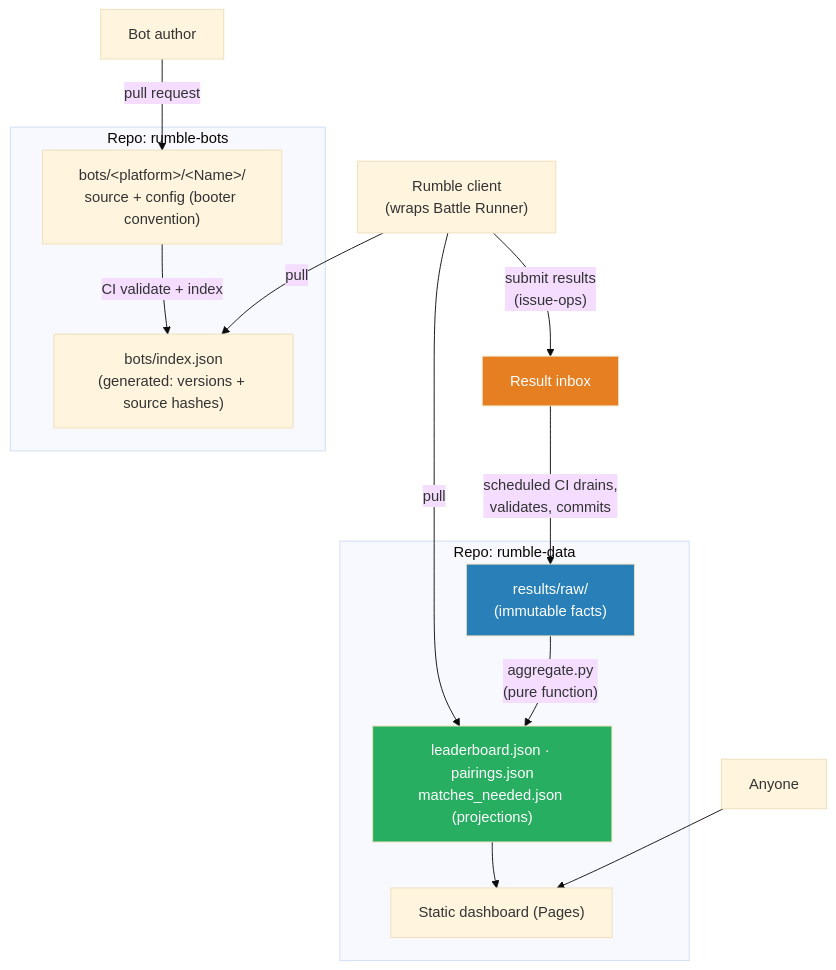
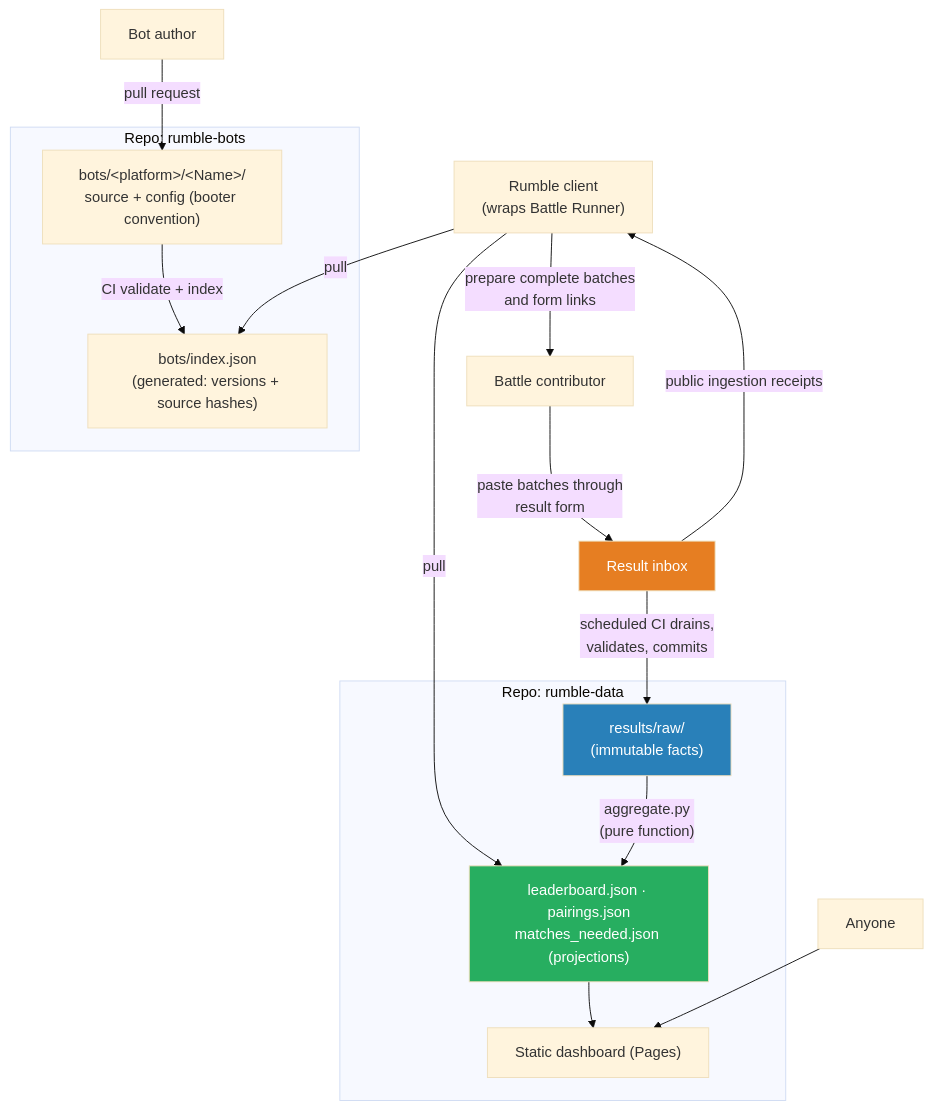
One commit to robocode-dev/tank-royale changed the diagram in docs/design/rumble/README.md. Above: the diagram before and after it, drawn with Mermaid (base theme). The commit also changed other lines of this file and 15 other files, not shown here.

````diff
--- a/docs/design/rumble/README.md
+++ b/docs/design/rumble/README.md
@@ -39,29 +38,31 @@
 ```mermaid
 flowchart TB
     subgraph bots["Repo: rumble-bots"]
         botsrc["bots/&lt;platform&gt;/&lt;Name&gt;/<br/>source + config (booter convention)"]
         botindex["bots/index.json<br/>(generated: versions + source hashes)"]
     end
 
     subgraph data["Repo: rumble-data"]
         raw["results/raw/<br/>(immutable facts)"]
         proj["leaderboard.json · pairings.json<br/>matches_needed.json (projections)"]
         site["Static dashboard (Pages)"]
     end
 
     author["Bot author"] -->|"pull request"| botsrc
     botsrc -->|"CI validate + index"| botindex
 
     client["Rumble client<br/>(wraps Battle Runner)"] -->|"pull"| botindex
     client -->|"pull"| proj
-    client -->|"submit results<br/>(issue-ops)"| inbox["Result inbox"]
+    client -->|"prepare complete batches<br/>and form links"| contributor["Battle contributor"]
+    contributor -->|"paste batches through<br/>result form"| inbox["Result inbox"]
+    inbox -->|"public ingestion receipts"| client
 
     inbox -->|"scheduled CI drains,<br/>validates, commits"| raw
     raw -->|"aggregate.py<br/>(pure function)"| proj
     proj --> site
     viewer["Anyone"] --> site
 
     style raw fill:#2980B9,color:#fff
     style proj fill:#27AE60,color:#fff
     style inbox fill:#E67E22,color:#fff
 ```
````
